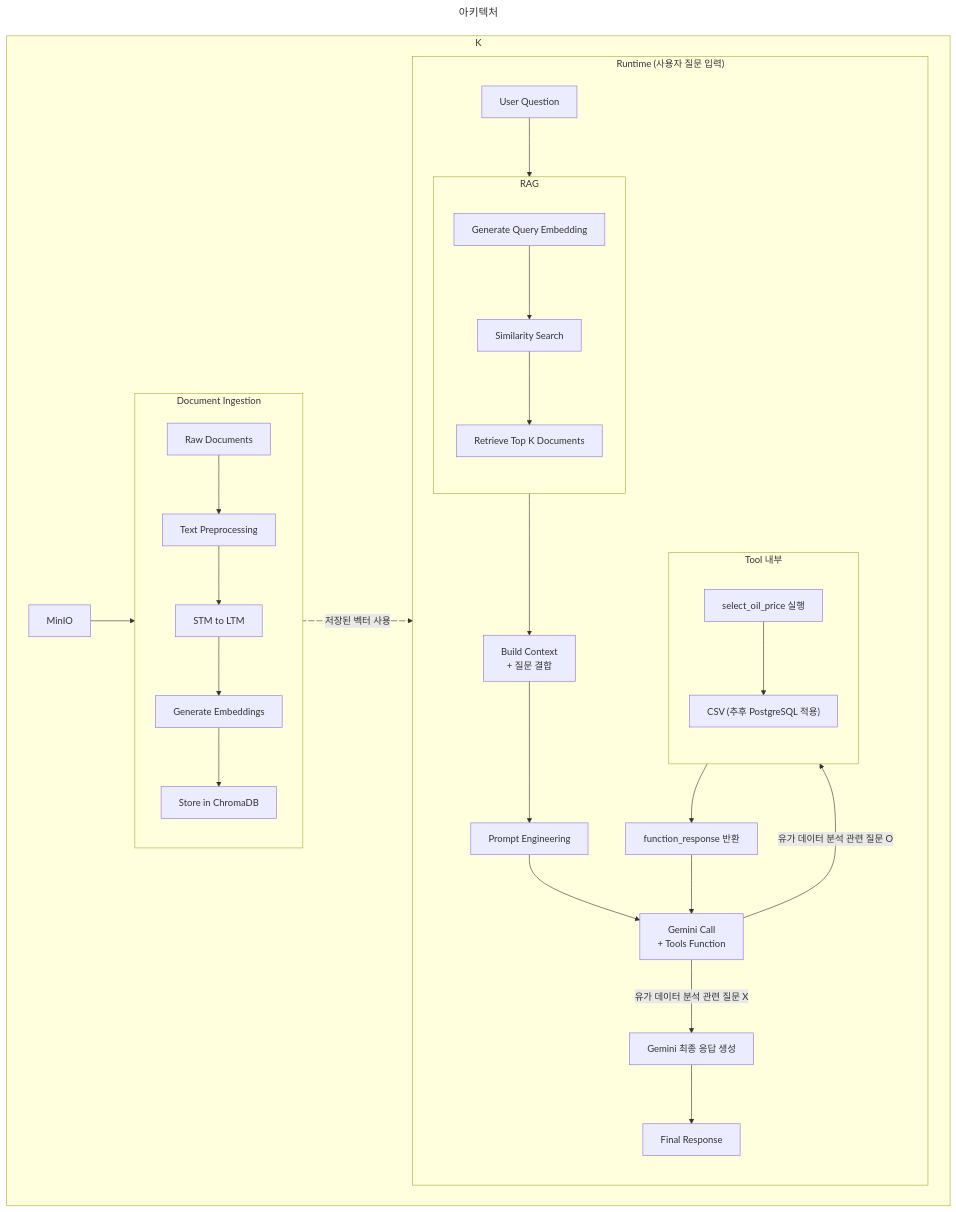
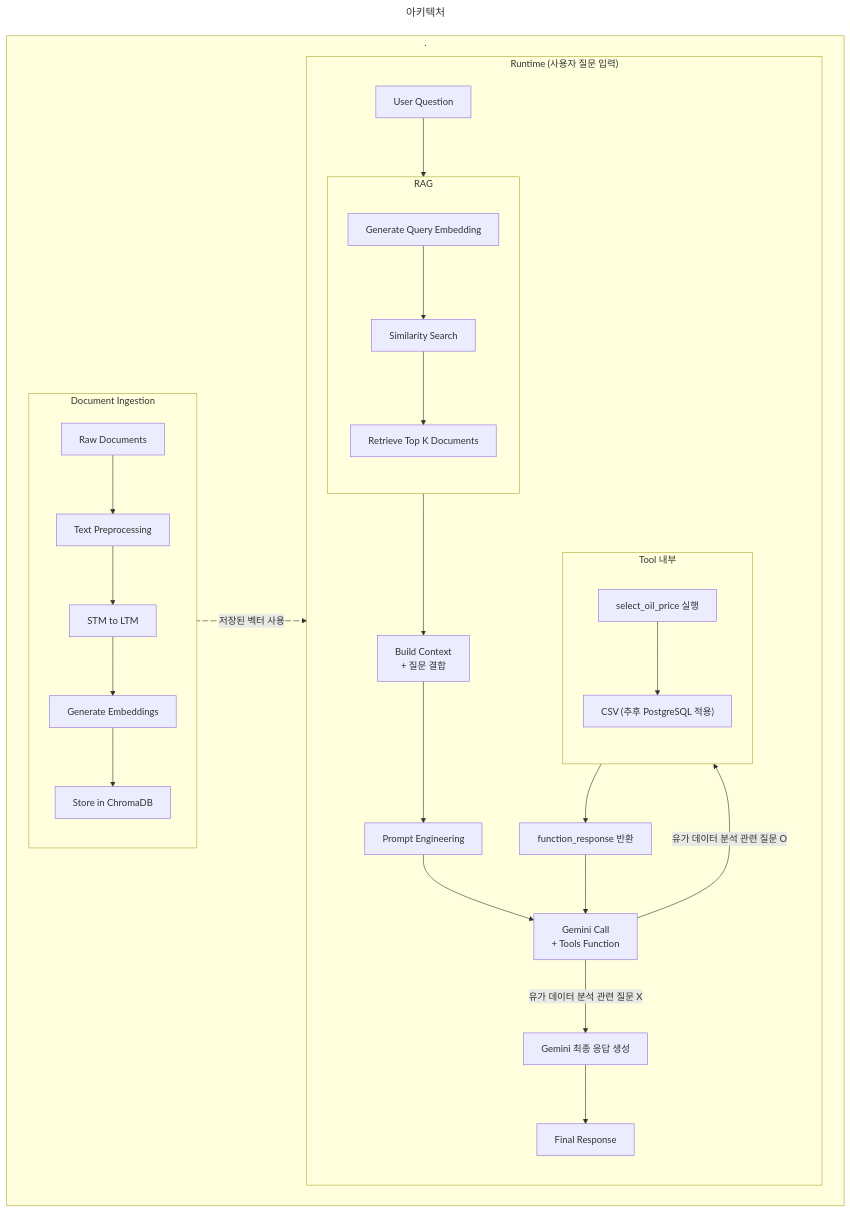
One commit to celee575/rag_playground changed the diagram in README.md. Above: the diagram before and after it, drawn with Mermaid.

Commit message:
내용 수정

````diff
--- a/README.md
+++ b/README.md
@@ -223,53 +223,52 @@
 ```mermaid
 ---
 title: 아키텍처
 ---
 flowchart
-  subgraph K
-    MinIO e05@--> DI
+  subgraph .
     A5 e07@-.저장된 벡터 사용.-> SS
     e07@{ animate: true }
     subgraph DI ["Document Ingestion"]
           direction TB
           A1[Raw Documents]@{ shape: proc }
           A2[Text Preprocessing]@{ shape: proc }
           A3[STM to LTM]@{ shape: proc }
           A4[Generate Embeddings]@{ shape: proc }
           A5[Store in ChromaDB]@{ shape: proc }
           A1 --> A2 --> A3 --> A4 --> A5
       end
 
       subgraph Runtime ["Runtime (사용자 질문 입력)"]
           direction TB
           Q[User Question]@{ shape: proc }
 
           subgraph RAGFlow ["RAG"]
               direction TB
               QE[Generate Query Embedding]
               SS[Similarity Search]
               TK[Retrieve Top K Documents]
               QE --> SS --> TK
           end
 
           Q --> QE
 
           TK --> BC[Build Context<br/> + 질문 결합]
           BC --> PE[Prompt Engineering]
           PE --> G1[Gemini Call<br/>+ Tools Function]
 
           G1 -->|유가 데이터 분석 관련 질문 O| T2[select_oil_price 실행]
           G1 -->|유가 데이터 분석 관련 질문 X| G3[Gemini 최종 응답 생성]
 
           subgraph T2B ["Tool 내부"]
               direction TB
               T2 --> RP["CSV (추후 PostgreSQL 적용)"]
           end
 
           RP --> FR[function_response 반환]
           FR --> G1
 
           G3 --> RES[Final Response]
       end
   end
 
 ```
````
